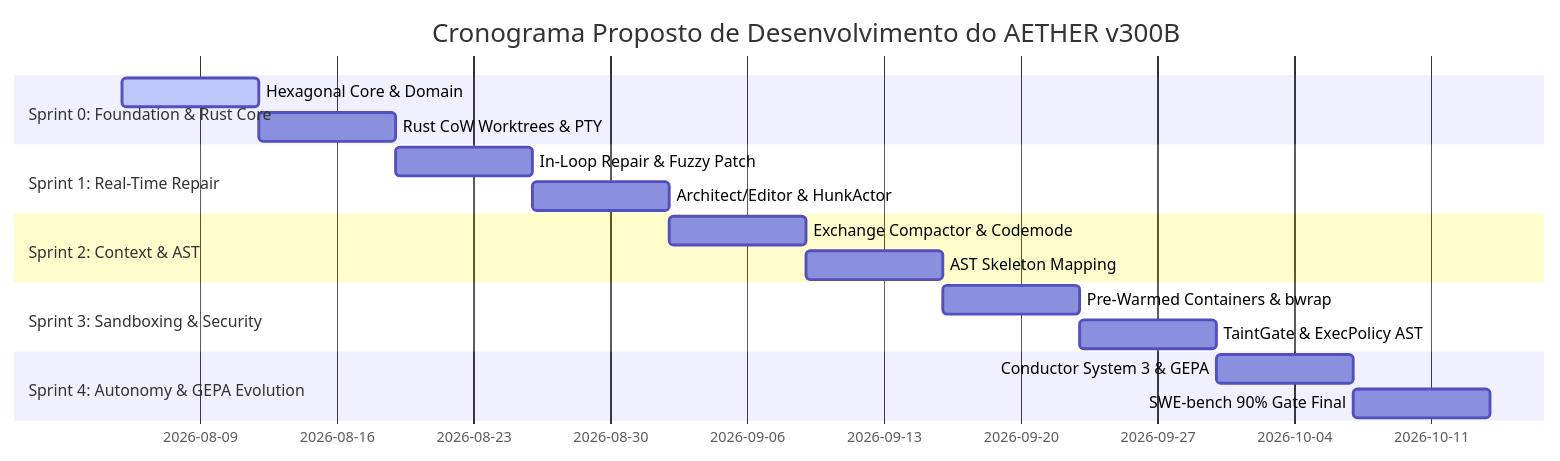
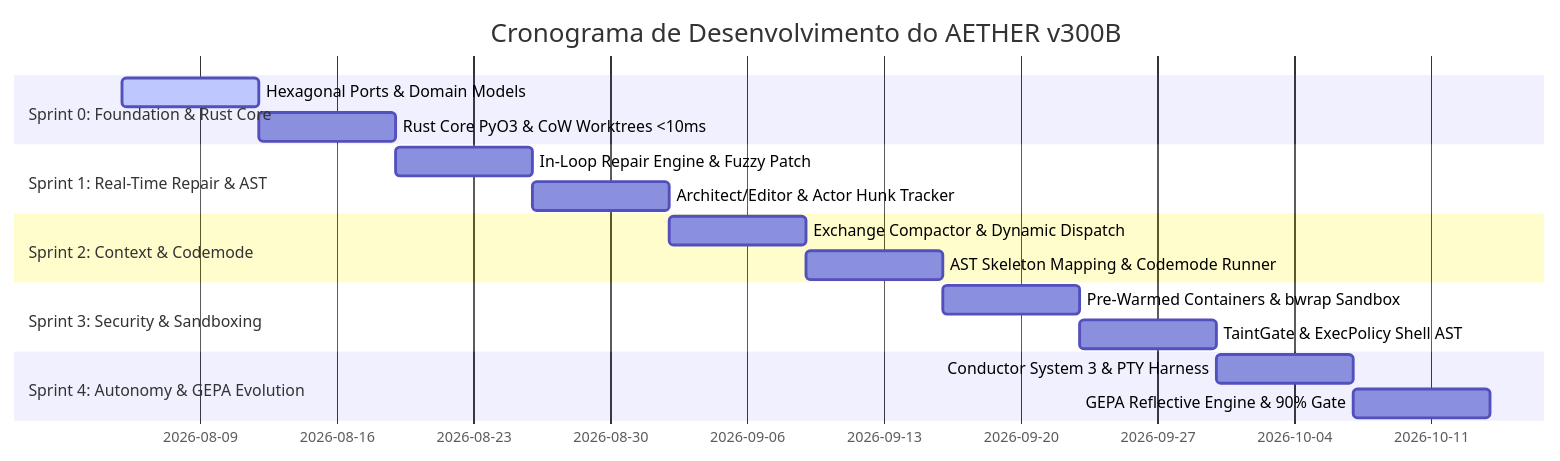
One commit to brainopensource/Harness-D-power changed the first of 2 diagrams in docs/rationale/rewrite_b/rewrite_v300_roadmap_sprints_B.md. Above: the diagram before and after it, drawn with Mermaid. The commit also changed other lines of this file and 13 other files, not shown here.

````diff
--- a/docs/rationale/rewrite_b/rewrite_v300_roadmap_sprints_B.md
+++ b/docs/rationale/rewrite_b/rewrite_v300_roadmap_sprints_B.md
@@ -45,20 +46,20 @@
 ```mermaid
 gantt
-    title Cronograma Proposto de Desenvolvimento do AETHER v300B
+    title Cronograma de Desenvolvimento do AETHER v300B
     dateFormat  YYYY-MM-DD
     section Sprint 0: Foundation & Rust Core
-    Hexagonal Core & Domain     :active, s0_1, 2026-08-05, 7d
-    Rust CoW Worktrees & PTY    :s0_2, after s0_1, 7d
-    section Sprint 1: Real-Time Repair
-    In-Loop Repair & Fuzzy Patch:s1_1, after s0_2, 7d
-    Architect/Editor & HunkActor:s1_2, after s1_1, 7d
-    section Sprint 2: Context & AST
-    Exchange Compactor & Codemode:s2_1, after s1_2, 7d
-    AST Skeleton Mapping        :s2_2, after s2_1, 7d
-    section Sprint 3: Sandboxing & Security
-    Pre-Warmed Containers & bwrap:s3_1, after s2_2, 7d
-    TaintGate & ExecPolicy AST  :s3_2, after s3_1, 7d
+    Hexagonal Ports & Domain Models     :active, s0_1, 2026-08-05, 7d
+    Rust Core PyO3 & CoW Worktrees <10ms:s0_2, after s0_1, 7d
+    section Sprint 1: Real-Time Repair & AST
+    In-Loop Repair Engine & Fuzzy Patch :s1_1, after s0_2, 7d
+    Architect/Editor & Actor Hunk Tracker:s1_2, after s1_1, 7d
+    section Sprint 2: Context & Codemode
+    Exchange Compactor & Dynamic Dispatch:s2_1, after s1_2, 7d
+    AST Skeleton Mapping & Codemode Runner:s2_2, after s2_1, 7d
+    section Sprint 3: Security & Sandboxing
+    Pre-Warmed Containers & bwrap Sandbox:s3_1, after s2_2, 7d
+    TaintGate & ExecPolicy Shell AST     :s3_2, after s3_1, 7d
     section Sprint 4: Autonomy & GEPA Evolution
-    Conductor System 3 & GEPA   :s4_1, after s3_2, 7d
-    SWE-bench 90% Gate Final    :s4_2, after s4_1, 7d
+    Conductor System 3 & PTY Harness     :s4_1, after s3_2, 7d
+    GEPA Reflective Engine & 90% Gate    :s4_2, after s4_1, 7d
 ```
````
